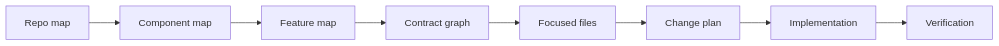
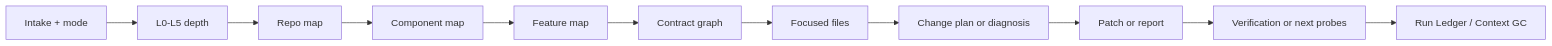
One commit to daeon/EngineeringTeam changed the second of 4 diagrams in docs/design.md. Above: the diagram before and after it, drawn with Mermaid. The commit also changed other lines of this file, not shown here.

Commit message:
Update design docs for read-only depth and run ledger

````diff
--- a/docs/design.md
+++ b/docs/design.md
@@ -66,10 +72,13 @@
 ```mermaid
 flowchart LR
-    repo[Repo map] --> component[Component map]
+    intake[Intake + mode] --> depth[L0-L5 depth]
+    depth --> repo[Repo map]
+    repo --> component[Component map]
     component --> feature[Feature map]
     feature --> contracts[Contract graph]
     contracts --> files[Focused files]
-    files --> plan[Change plan]
-    plan --> implementation[Implementation]
-    implementation --> verification[Verification]
+    files --> plan[Change plan or diagnosis]
+    plan --> outcome[Patch or report]
+    outcome --> verification[Verification or next probes]
+    verification --> closeout[Run Ledger / Context GC]
 ```
````
